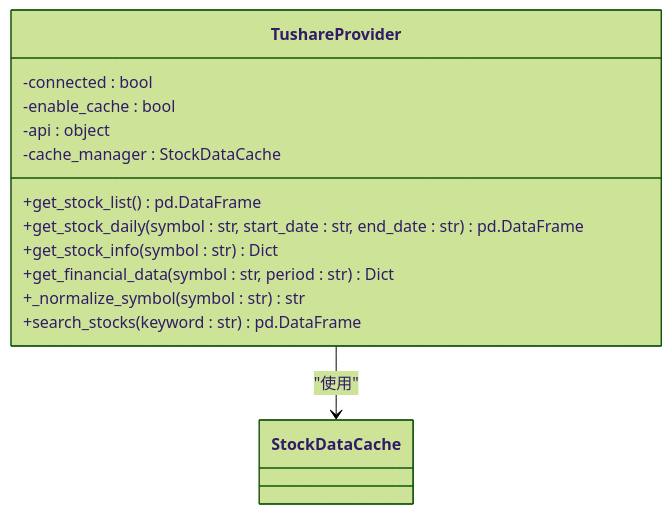
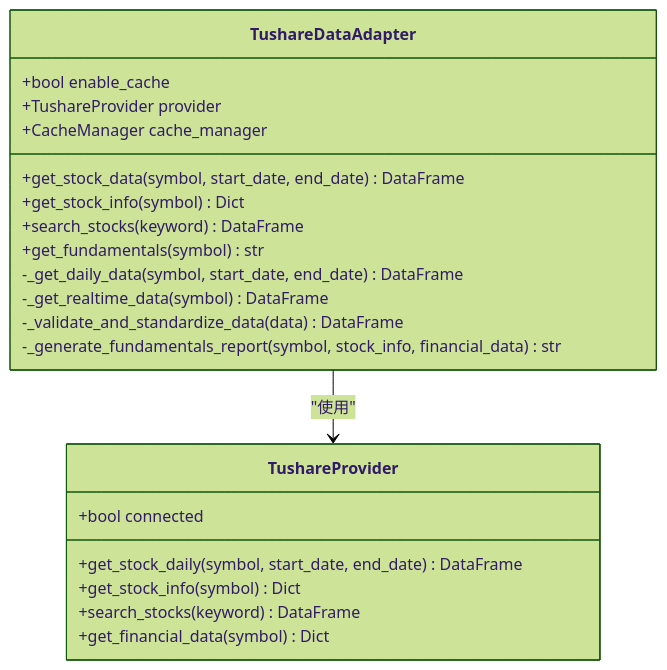
The second of 7 diagrams in .qoder/repowiki/zh/content/扩展开发/集成新的数据源.md (afanty2021/TradingAgents-CN), drawn with Mermaid (forest theme) before and after one commit. The commit also changed other lines of this file and 202 other files, not shown here.

````diff
--- a/.qoder/repowiki/zh/content/扩展开发/集成新的数据源.md
+++ b/.qoder/repowiki/zh/content/扩展开发/集成新的数据源.md
@@ -71,16 +94,24 @@
 ```mermaid
 classDiagram
+class TushareDataAdapter {
++bool enable_cache
++TushareProvider provider
++CacheManager cache_manager
++get_stock_data(symbol, start_date, end_date) DataFrame
++get_stock_info(symbol) Dict
++search_stocks(keyword) DataFrame
++get_fundamentals(symbol) str
+-_get_daily_data(symbol, start_date, end_date) DataFrame
+-_get_realtime_data(symbol) DataFrame
+-_validate_and_standardize_data(data) DataFrame
+-_generate_fundamentals_report(symbol, stock_info, financial_data) str
+}
 class TushareProvider {
--connected : bool
--enable_cache : bool
--api : object
--cache_manager : StockDataCache
-+get_stock_list() pd.DataFrame
-+get_stock_daily(symbol : str, start_date : str, end_date : str) pd.DataFrame
-+get_stock_info(symbol : str) Dict
-+get_financial_data(symbol : str, period : str) Dict
-+_normalize_symbol(symbol : str) str
-+search_stocks(keyword : str) pd.DataFrame
++bool connected
++get_stock_daily(symbol, start_date, end_date) DataFrame
++get_stock_info(symbol) Dict
++search_stocks(keyword) DataFrame
++get_financial_data(symbol) Dict
 }
-TushareProvider --> StockDataCache : "使用"
+TushareDataAdapter --> TushareProvider : "使用"
 ```
````
